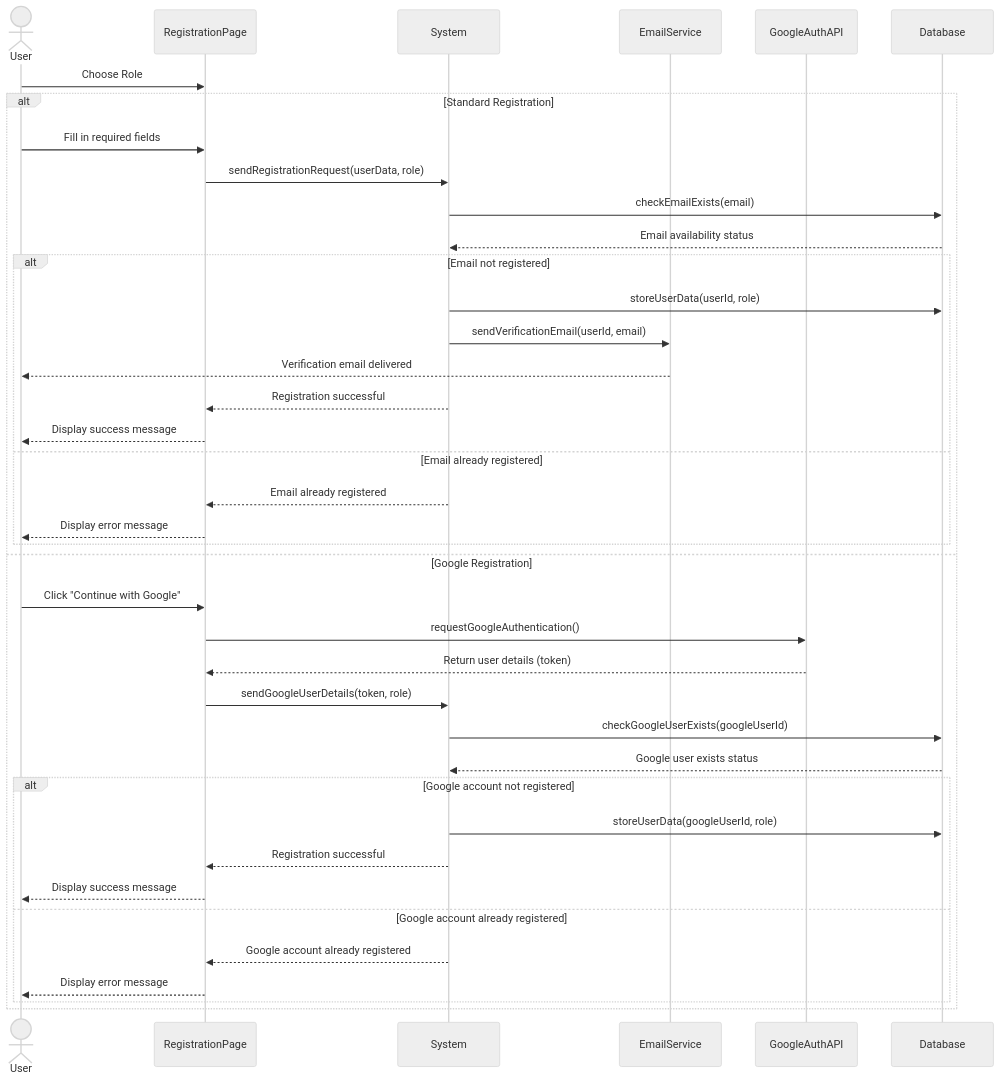
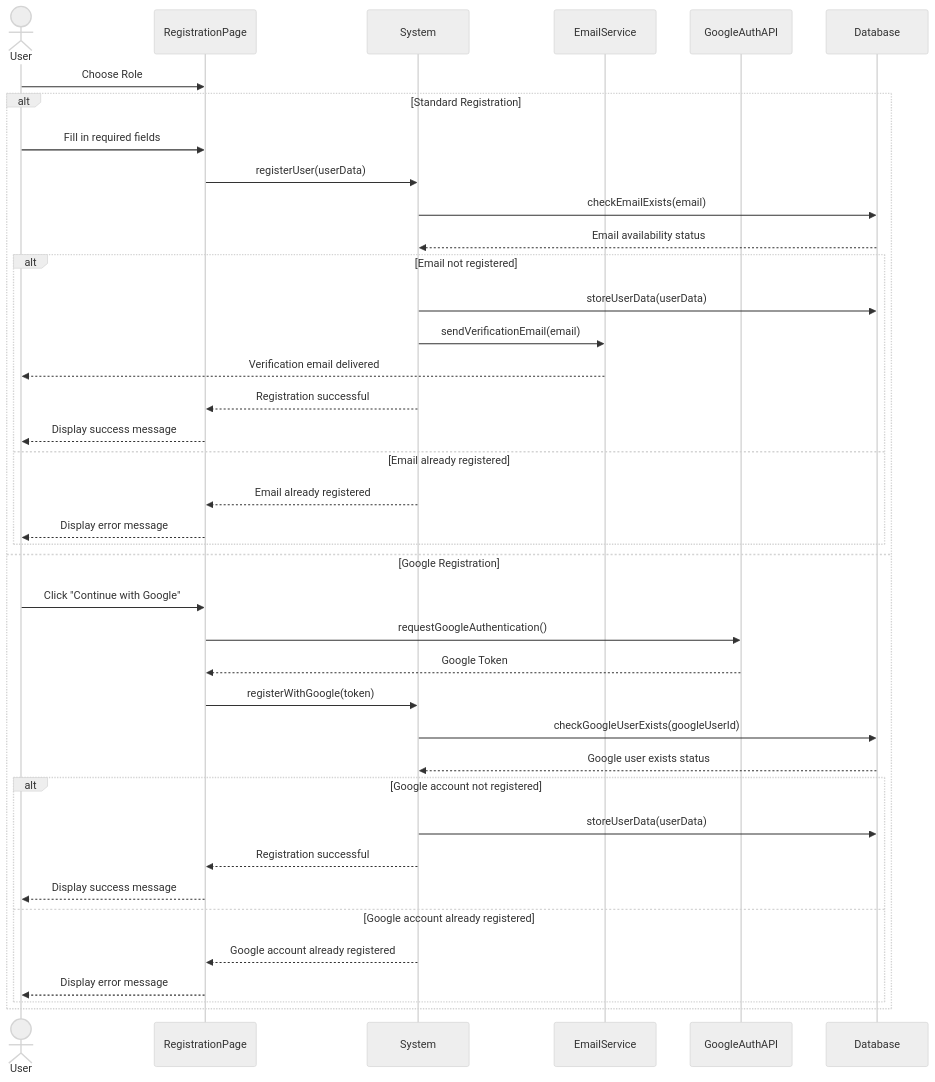
The diagram in registration.mermaid (Shaar03/Diagrams), drawn with Mermaid (neutral theme) before and after one commit.

Commit message:
small things

```diff
--- a/registration.mermaid
+++ b/registration.mermaid
@@ -1,41 +1,41 @@
 sequenceDiagram
     actor User
     participant RegistrationPage
     participant System
     participant EmailService
     participant GoogleAuthAPI
     participant Database
 
     User->>RegistrationPage: Choose Role
     
     alt Standard Registration
         User->>RegistrationPage: Fill in required fields
-        RegistrationPage->>System: sendRegistrationRequest(userData, role)
+        RegistrationPage->>System: registerUser(userData)
         System->>Database: checkEmailExists(email)
         Database-->>System: Email availability status
         alt Email not registered
-            System->>Database: storeUserData(userId, role)
-            System->>EmailService: sendVerificationEmail(userId, email)
+            System->>Database: storeUserData(userData)
+            System->>EmailService: sendVerificationEmail(email)
             EmailService-->>User: Verification email delivered
             System-->>RegistrationPage: Registration successful
             RegistrationPage-->>User: Display success message
         else Email already registered
             System-->>RegistrationPage: Email already registered
             RegistrationPage-->>User: Display error message
         end
     else Google Registration
         User->>RegistrationPage: Click "Continue with Google"
         RegistrationPage->>GoogleAuthAPI: requestGoogleAuthentication()
-        GoogleAuthAPI-->>RegistrationPage: Return user details (token)
-        RegistrationPage->>System: sendGoogleUserDetails(token, role)
+        GoogleAuthAPI-->>RegistrationPage: Google Token
+        RegistrationPage->>System: registerWithGoogle(token)
         System->>Database: checkGoogleUserExists(googleUserId)
         Database-->>System: Google user exists status
         alt Google account not registered
-            System->>Database: storeUserData(googleUserId, role)
+            System->>Database: storeUserData(userData)
             System-->>RegistrationPage: Registration successful
             RegistrationPage-->>User: Display success message
         else Google account already registered
             System-->>RegistrationPage: Google account already registered
             RegistrationPage-->>User: Display error message
         end
     end
```
